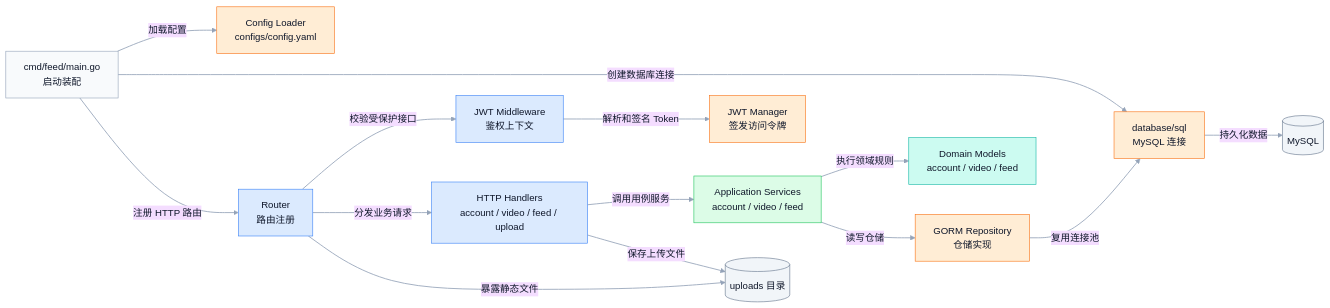
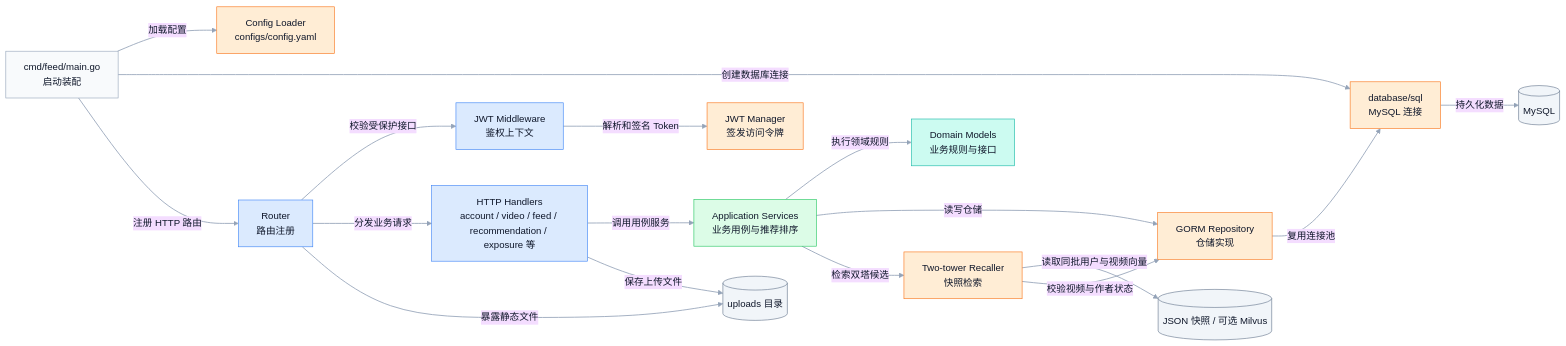
Before and after one commit to slyslyan/GCFeed: the second of 5 diagrams in docs/architecture.md, drawn with Mermaid. The commit also changed other lines of this file and 18 other files, not shown here.

````diff
--- a/docs/architecture.md
+++ b/docs/architecture.md
@@ -57,57 +68,62 @@
 ```mermaid
 ---
 config:
   theme: base
   layout: dagre
   themeVariables:
     background: transparent
     fontFamily: Inter, PingFang SC, Microsoft YaHei, Arial
     primaryTextColor: "#0F172A"
     lineColor: "#94A3B8"
     clusterBkg: "#F8FAFC"
     clusterBorder: "#CBD5E1"
 ---
 flowchart LR
   %% Internal layering in apps/api
   classDef entry fill:#F8FAFC,stroke:#94A3B8,color:#0F172A,stroke-width:1px;
   classDef http fill:#DBEAFE,stroke:#3B82F6,color:#0F172A,stroke-width:1px;
   classDef service fill:#DCFCE7,stroke:#22C55E,color:#0F172A,stroke-width:1px;
   classDef domain fill:#CCFBF1,stroke:#14B8A6,color:#0F172A,stroke-width:1px;
   classDef infra fill:#FFEDD5,stroke:#F97316,color:#0F172A,stroke-width:1px;
   classDef store fill:#F1F5F9,stroke:#64748B,color:#0F172A,stroke-width:1px;
 
   Entry["cmd/feed/main.go<br/>启动装配"]
   Router["Router<br/>路由注册"]
   Auth["JWT Middleware<br/>鉴权上下文"]
-  Handlers["HTTP Handlers<br/>account / video / feed / upload"]
-  Services["Application Services<br/>account / video / feed"]
-  Domains["Domain Models<br/>account / video / feed"]
+  Handlers["HTTP Handlers<br/>account / video / feed / recommendation / exposure 等"]
+  Services["Application Services<br/>业务用例与推荐排序"]
+  Domains["Domain Models<br/>业务规则与接口"]
   Config["Config Loader<br/>configs/config.yaml"]
   JWT["JWT Manager<br/>签发访问令牌"]
   Repo["GORM Repository<br/>仓储实现"]
   SQL["database/sql<br/>MySQL 连接"]
   MySQL[("MySQL")]
   Uploads[("uploads 目录")]
+  Recaller["Two-tower Recaller<br/>快照检索"]
+  Model[("JSON 快照 / 可选 Milvus")]
 
   Entry -->|"加载配置"| Config
   Entry -->|"创建数据库连接"| SQL
   Entry -->|"注册 HTTP 路由"| Router
   Router -->|"校验受保护接口"| Auth
   Auth -->|"解析和签名 Token"| JWT
   Router -->|"分发业务请求"| Handlers
   Handlers -->|"调用用例服务"| Services
   Services -->|"执行领域规则"| Domains
   Services -->|"读写仓储"| Repo
+  Services -->|"检索双塔候选"| Recaller
+  Recaller -->|"读取同批用户与视频向量"| Model
+  Recaller -->|"校验视频与作者状态"| Repo
   Repo -->|"复用连接池"| SQL
   SQL -->|"持久化数据"| MySQL
   Handlers -->|"保存上传文件"| Uploads
   Router -->|"暴露静态文件"| Uploads
 
   class Entry entry;
   class Router,Auth,Handlers http;
   class Services service;
   class Domains domain;
-  class Config,JWT,Repo,SQL infra;
-  class MySQL,Uploads store;
+  class Config,JWT,Repo,SQL,Recaller infra;
+  class MySQL,Uploads,Model store;
   linkStyle default stroke:#94A3B8,stroke-width:1.4px
 ```
````
